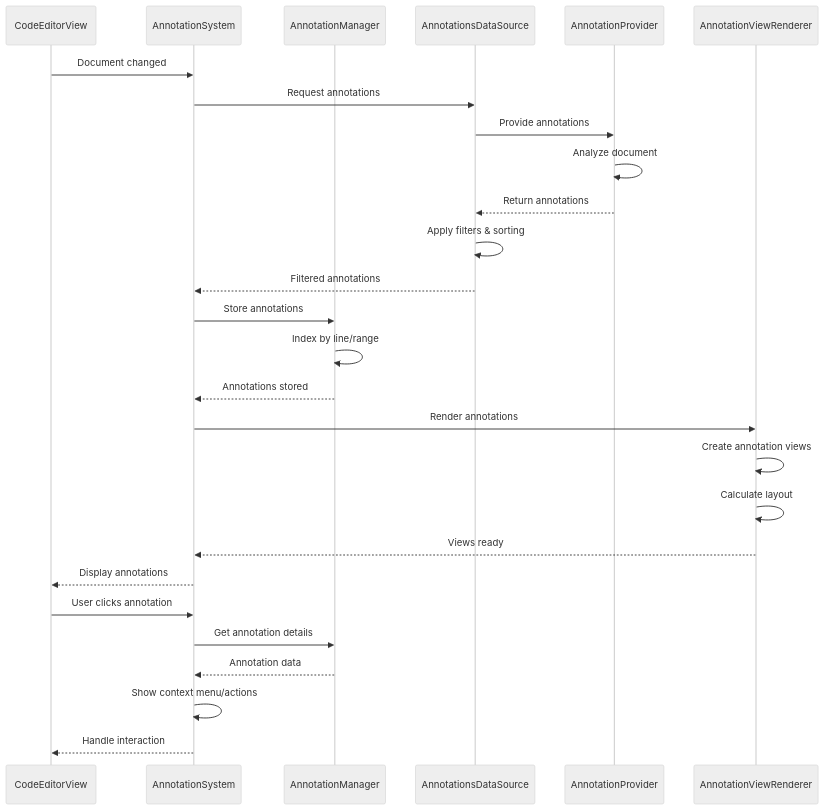
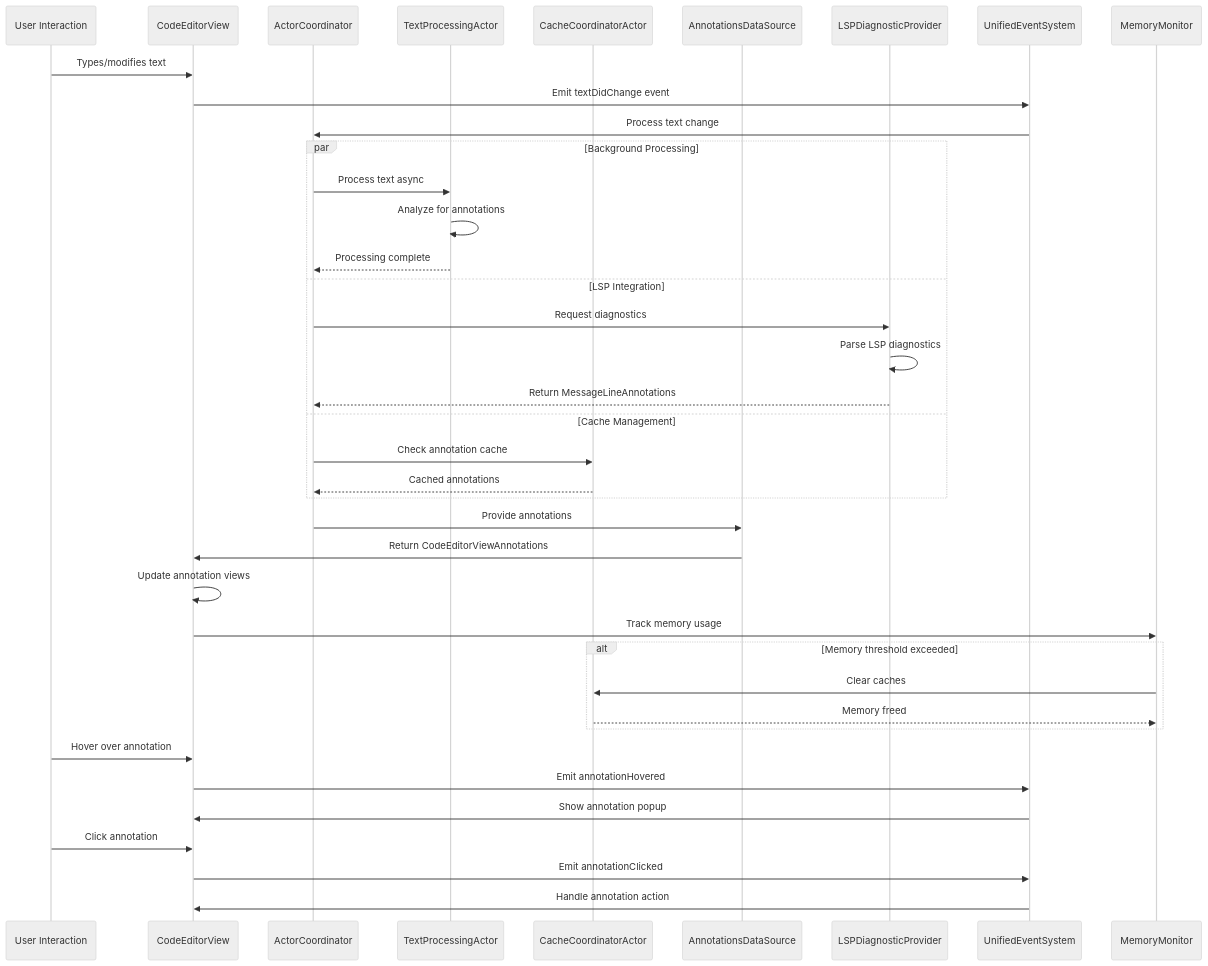
One commit to ajmcclary/CodeEditorKit changed the second of 2 diagrams in Diagrams/16-annotation-system-architecture.md. Above: the diagram before and after it, drawn with Mermaid (neutral theme). The commit also changed other lines of this file and 29 other files, not shown here.

First line of the commit message:
Enhance architecture documentation and add debugging integration

````diff
--- a/Diagrams/16-annotation-system-architecture.md
+++ b/Diagrams/16-annotation-system-architecture.md
@@ -374,34 +391,47 @@
 ```mermaid
 sequenceDiagram
+    participant User as User Interaction
     participant Editor as CodeEditorView
-    participant System as AnnotationSystem
-    participant Manager as AnnotationManager
+    participant Coordinator as ActorCoordinator
+    participant TextActor as TextProcessingActor
+    participant CacheActor as CacheCoordinatorActor
     participant DataSource as AnnotationsDataSource
-    participant Provider as AnnotationProvider
-    participant Renderer as AnnotationViewRenderer
+    participant LSP as LSPDiagnosticProvider
+    participant EventSystem as UnifiedEventSystem
+    participant MemoryMonitor as MemoryMonitor
 
-    Editor->>System: Document changed
-    System->>DataSource: Request annotations
-    DataSource->>Provider: Provide annotations
-    Provider->>Provider: Analyze document
-    Provider-->>DataSource: Return annotations
-    DataSource->>DataSource: Apply filters & sorting
-    DataSource-->>System: Filtered annotations
+    User->>Editor: Types/modifies text
+    Editor->>EventSystem: Emit textDidChange event
+    EventSystem->>Coordinator: Process text change
     
-    System->>Manager: Store annotations
-    Manager->>Manager: Index by line/range
-    Manager-->>System: Annotations stored
+    par Background Processing
+        Coordinator->>TextActor: Process text async
+        TextActor->>TextActor: Analyze for annotations
+        TextActor-->>Coordinator: Processing complete
+    and LSP Integration
+        Coordinator->>LSP: Request diagnostics
+        LSP->>LSP: Parse LSP diagnostics
+        LSP-->>Coordinator: Return MessageLineAnnotations
+    and Cache Management
+        Coordinator->>CacheActor: Check annotation cache
+        CacheActor-->>Coordinator: Cached annotations
+    end
     
-    System->>Renderer: Render annotations
-    Renderer->>Renderer: Create annotation views
-    Renderer->>Renderer: Calculate layout
-    Renderer-->>System: Views ready
+    Coordinator->>DataSource: Provide annotations
+    DataSource->>Editor: Return CodeEditorViewAnnotations
+    Editor->>Editor: Update annotation views
+    Editor->>MemoryMonitor: Track memory usage
     
-    System-->>Editor: Display annotations
+    alt Memory threshold exceeded
+        MemoryMonitor->>CacheActor: Clear caches
+        CacheActor-->>MemoryMonitor: Memory freed
+    end
     
-    Editor->>System: User clicks annotation
-    System->>Manager: Get annotation details
-    Manager-->>System: Annotation data
-    System->>System: Show context menu/actions
-    System-->>Editor: Handle interaction
+    User->>Editor: Hover over annotation
+    Editor->>EventSystem: Emit annotationHovered
+    EventSystem->>Editor: Show annotation popup
+    
+    User->>Editor: Click annotation
+    Editor->>EventSystem: Emit annotationClicked
+    EventSystem->>Editor: Handle annotation action
 ```
````
